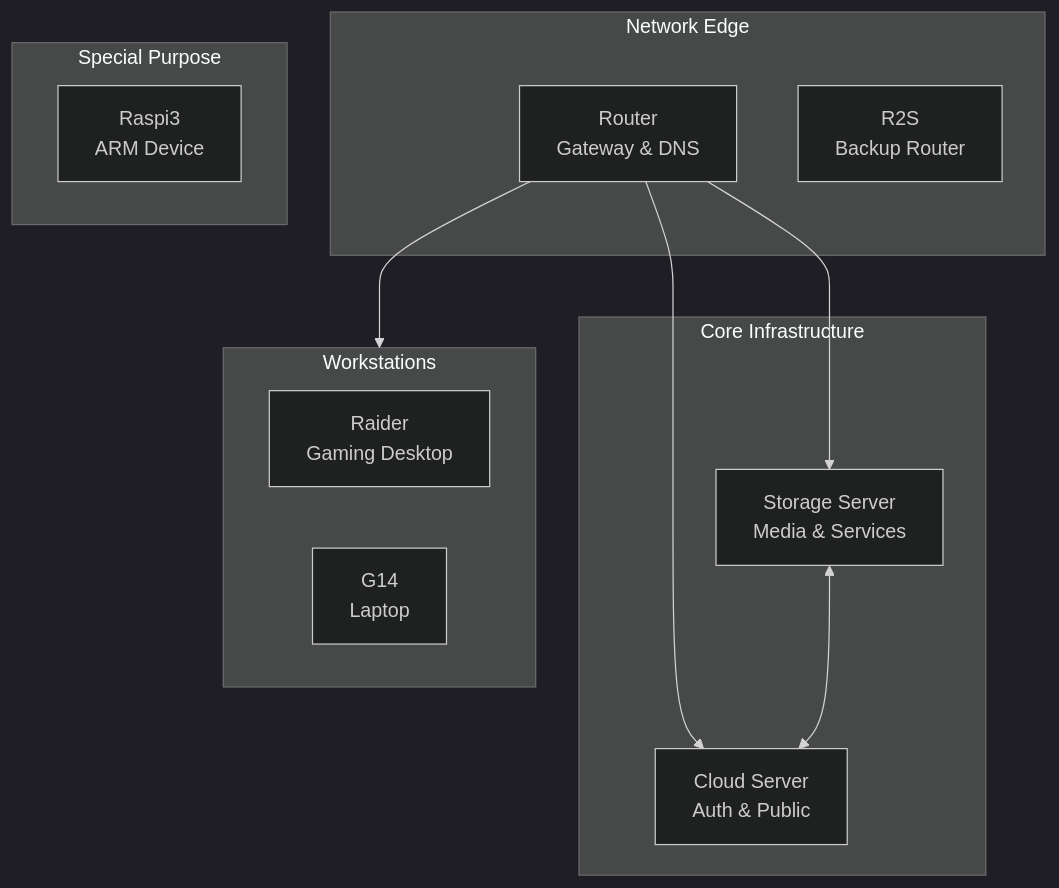
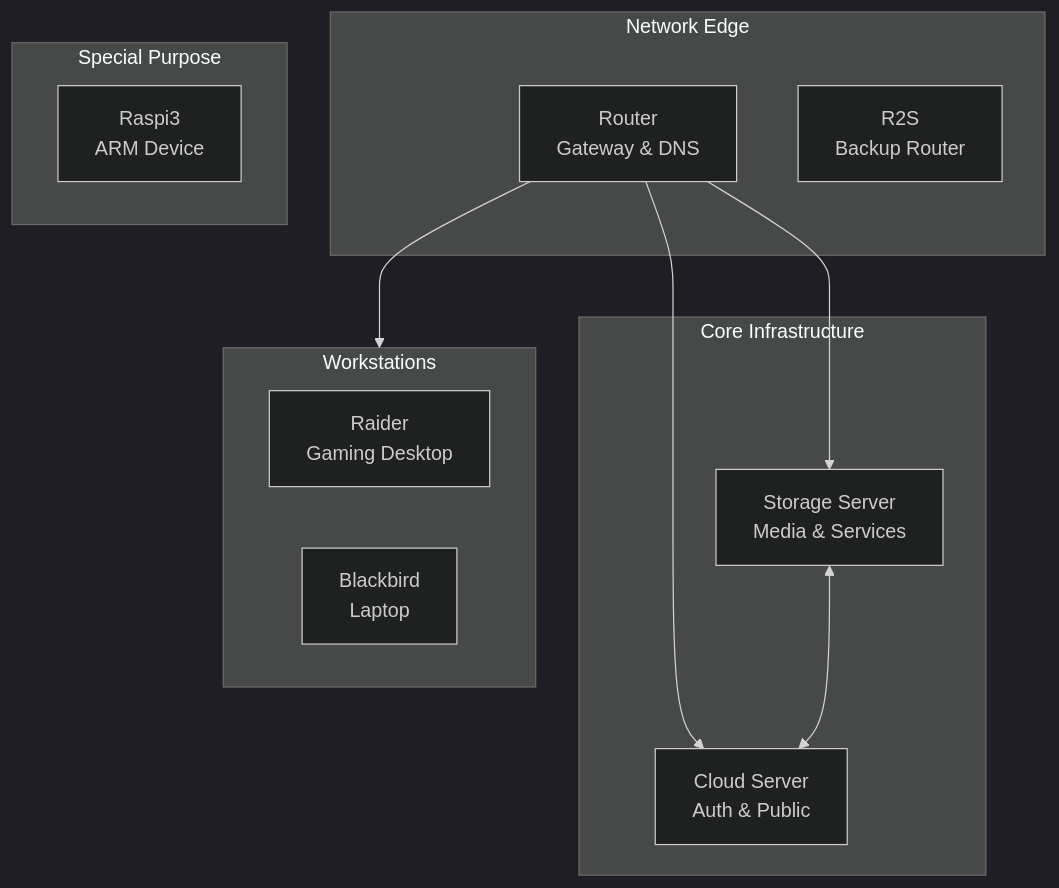
The diagram in docs/hosts/overview.md (arsfeld/nixos), drawn with Mermaid (dark theme) before and after one commit. The commit also changed other lines of this file and 17 other files, not shown here.

````diff
--- a/docs/hosts/overview.md
+++ b/docs/hosts/overview.md
@@ -7,26 +7,26 @@
 ```mermaid
 graph TB
     subgraph "Core Infrastructure"
         Storage[Storage Server<br/>Media & Services]
         Cloud[Cloud Server<br/>Auth & Public]
     end
     
     subgraph "Network Edge"
         Router[Router<br/>Gateway & DNS]
         R2S[R2S<br/>Backup Router]
     end
     
     subgraph "Workstations"
         Raider[Raider<br/>Gaming Desktop]
-        G14[G14<br/>Laptop]
+        Blackbird[Blackbird<br/>Laptop]
     end
     
     subgraph "Special Purpose"
         Raspi3[Raspi3<br/>ARM Device]
     end
     
     Router --> Storage
     Router --> Cloud
     Router --> Workstations
     Storage <--> Cloud
 ```
````
